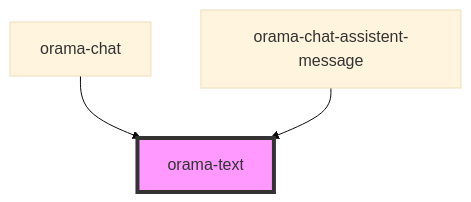
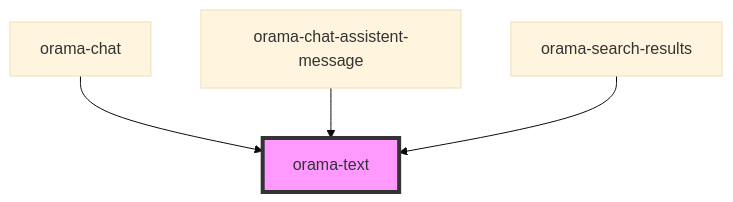
One commit to askorama/orama-ui-components changed the diagram in packages/ui-stencil/src/components/internal/orama-text/readme.md. Above: the diagram before and after it, drawn with Mermaid (base theme). The commit also changed other lines of this file and 24 other files, not shown here.

Commit message:
feat: add search results

````diff
--- a/packages/ui-stencil/src/components/internal/orama-text/readme.md
+++ b/packages/ui-stencil/src/components/internal/orama-text/readme.md
@@ -23,6 +24,7 @@
 ```mermaid
 graph TD;
   orama-chat --> orama-text
   orama-chat-assistent-message --> orama-text
+  orama-search-results --> orama-text
   style orama-text fill:#f9f,stroke:#333,stroke-width:4px
 ```
````
